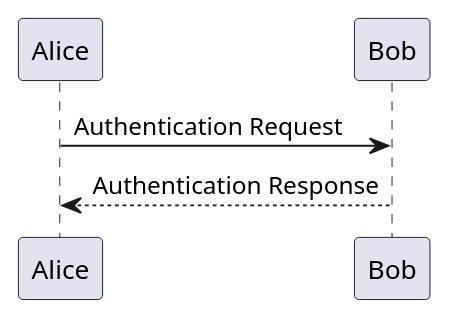
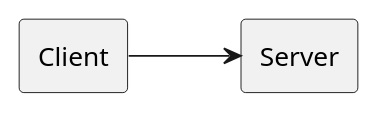
Before and after one commit to archipelagos/simple_pki: the first of 2 diagrams in src/README.adoc, drawn with PlantUML. The commit also changed other lines of this file, not shown here.

Commit message:
Added diagram for base PKI roles.

```diff
--- a/src/README.adoc
+++ b/src/README.adoc
@@ -50,7 +80,13 @@
-[plantuml, format="png", id="myDiagram"]
+[plantuml, format="png", id="relation_to_ca"]
 ----
 @startuml
-Alice -> Bob: Authentication Request
-Bob --> Alice: Authentication Response
+
+left to right direction
+
+rectangle Client
+rectangle Server
+
+Client --> Server
+
 @enduml
 ----
```
